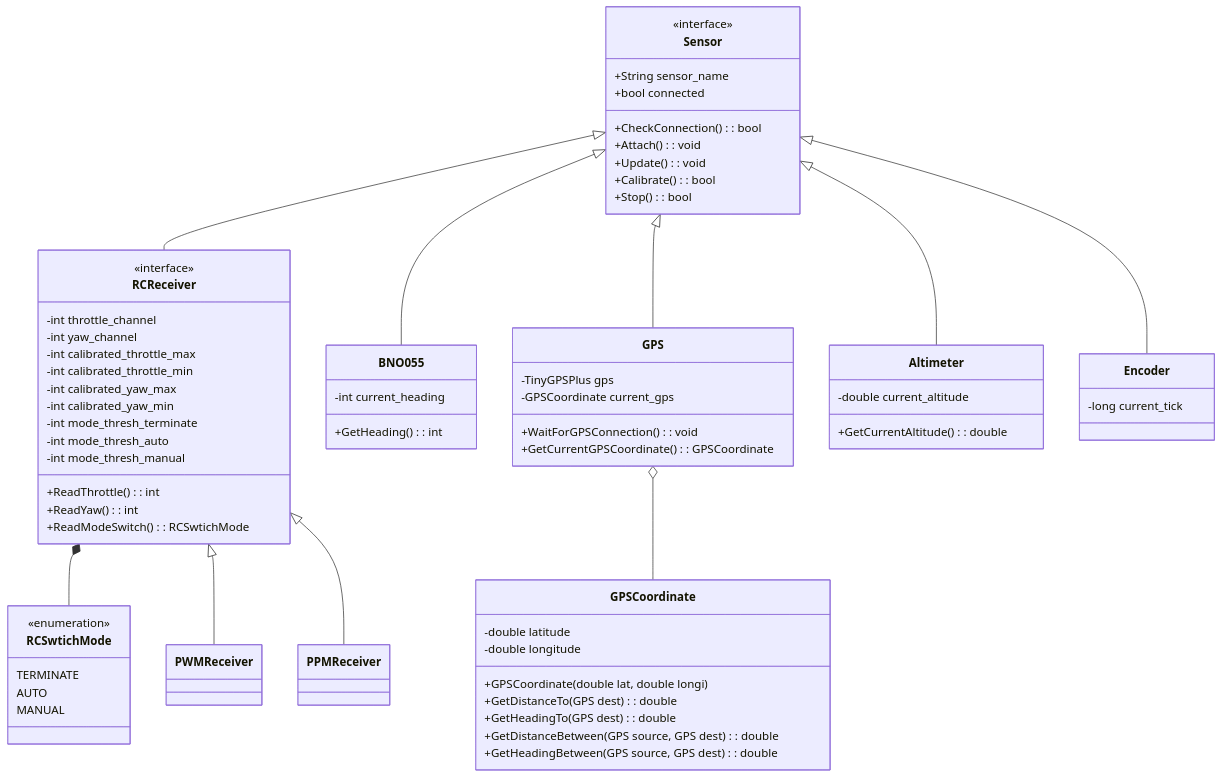
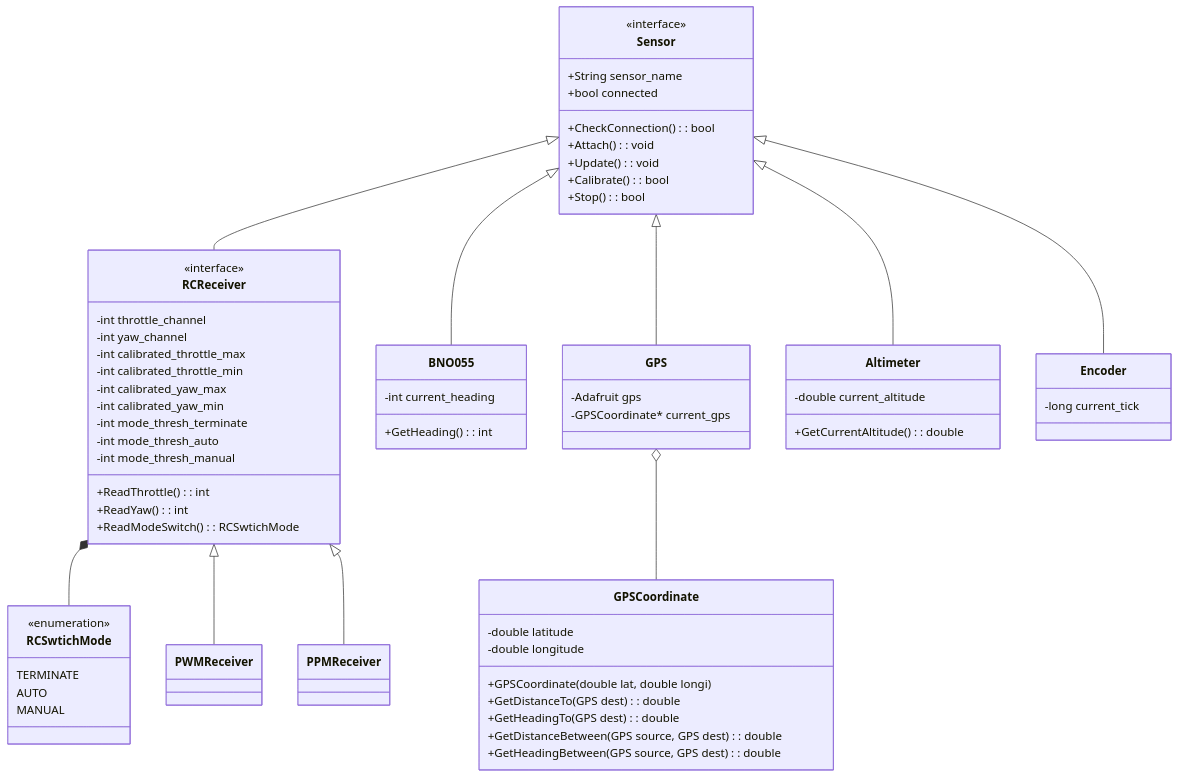
Before and after one commit to ubcuas/Airdrop-Software-2022: the first of 4 diagrams in docs/DESIGN.md, drawn with Mermaid. The commit also changed other lines of this file and 1 other file, not shown here.

````diff
--- a/docs/DESIGN.md
+++ b/docs/DESIGN.md
@@ -30,83 +30,81 @@
 ```mermaid
 classDiagram
 
 class Sensor {
  <<interface>>
  +String sensor_name
  +bool connected
  +CheckConnection(): bool
  +Attach(): void
  +Update(): void
  +Calibrate(): bool
  +Stop(): bool
 }
 
 Sensor <|-- RCReceiver
 RCReceiver *-- RCSwtichMode
 class RCReceiver{
  <<interface>>
 -int throttle_channel
 -int yaw_channel
 -int calibrated_throttle_max
 -int calibrated_throttle_min
 -int calibrated_yaw_max
 -int calibrated_yaw_min
 -int mode_thresh_terminate
 -int mode_thresh_auto
 -int mode_thresh_manual
 +ReadThrottle(): int
 +ReadYaw(): int
 +ReadModeSwitch(): RCSwtichMode
 }
 
 class RCSwtichMode{
   <<enumeration>>
   TERMINATE
   AUTO
   MANUAL
 }
 
 RCReceiver <|-- PWMReceiver
 
 RCReceiver <|-- PPMReceiver
 
 Sensor <|-- BNO055
 class BNO055 {
   -int current_heading
   +GetHeading(): int
 }
 
 
 Sensor <|-- GPS
 class GPS {
-  -TinyGPSPlus gps
-  -GPSCoordinate current_gps
-  +WaitForGPSConnection(): void
-  +GetCurrentGPSCoordinate(): GPSCoordinate
+  -Adafruit gps
+  -GPSCoordinate* current_gps
 }
 
 GPS o-- GPSCoordinate
 class GPSCoordinate {
   -double latitude
   -double longitude
   +GPSCoordinate(double lat, double longi)
   +GetDistanceTo(GPS dest): double
   +GetHeadingTo(GPS dest): double
   +GetDistanceBetween(GPS source, GPS dest): double
   +GetHeadingBetween(GPS source, GPS dest): double
 }
 
 
 Sensor <|-- Altimeter
 class Altimeter {
   -double current_altitude
   +GetCurrentAltitude(): double
 }
 
 Sensor <|-- Encoder
 class Encoder {
   -long current_tick
 }
 
 
 ```
````
